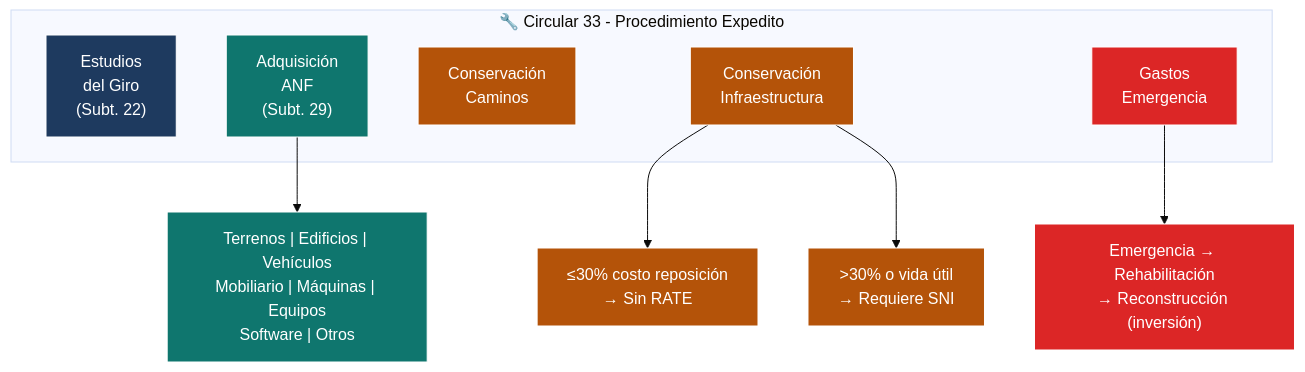
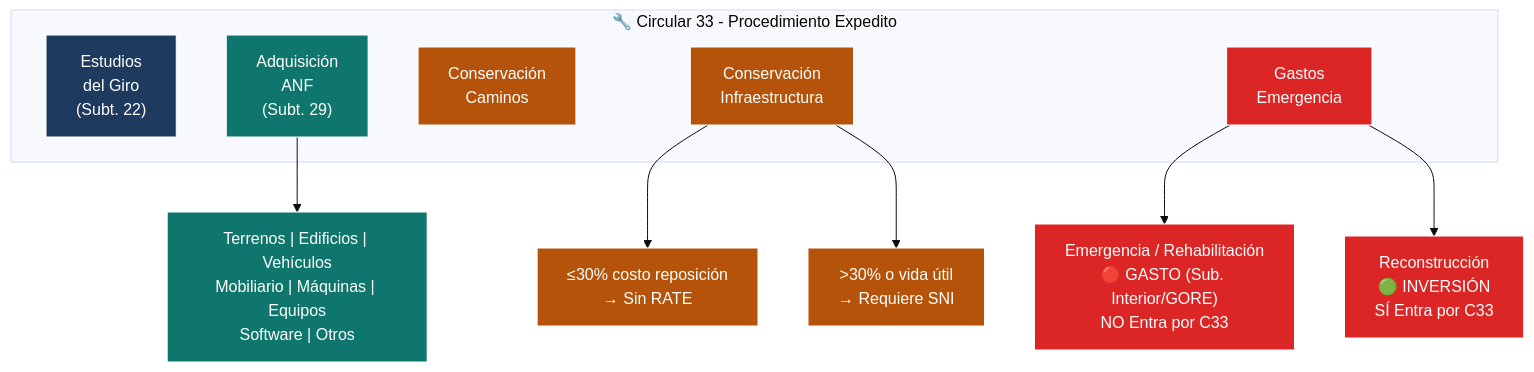
Diagram 17 of 26 in knowledge/domains/gn/models/omega_gore_nuble_mermaid.md (felix-antonio-sl/gorenuble), drawn with Mermaid (base theme) before and after one commit. The commit also changed other lines of this file and 2 other files, not shown here.

Commit message:
docs: Update GORE Ñuble model with territorial ficha, organizational structure refinements, and legal restrictions.

````diff
--- a/knowledge/domains/gn/models/omega_gore_nuble_mermaid.md
+++ b/knowledge/domains/gn/models/omega_gore_nuble_mermaid.md
@@ -1199,27 +1309,28 @@
 ```mermaid
 flowchart TB
     subgraph C33["🔧 Circular 33 - Procedimiento Expedito"]
         EST["Estudios<br/>del Giro<br/>(Subt. 22)"]
         ANF["Adquisición<br/>ANF<br/>(Subt. 29)"]
         CONS_CAM["Conservación<br/>Caminos"]
         CONS_INF["Conservación<br/>Infraestructura"]
         EMERG["Gastos<br/>Emergencia"]
     end
     
     ANF --> ANF_TYPES["Terrenos | Edificios | Vehículos<br/>Mobiliario | Máquinas | Equipos<br/>Software | Otros"]
     
     CONS_INF --> COND_30["≤30% costo reposición<br/>→ Sin RATE"]
     CONS_INF --> COND_GT[">30% o vida útil<br/>→ Requiere SNI"]
     
-    EMERG --> FASES["Emergencia → Rehabilitación<br/>→ Reconstrucción (inversión)"]
+    EMERG --> F_GASTO["Emergencia / Rehabilitación<br/>🔴 GASTO (Sub. Interior/GORE)<br/>NO Entra por C33"]
+    EMERG --> F_INV["Reconstrucción<br/>🟢 INVERSIÓN<br/>SÍ Entra por C33"]
     
     classDef giro fill:#1e3a5f,stroke:#fff,color:#fff
     classDef anf fill:#0f766e,stroke:#fff,color:#fff
     classDef cons fill:#b45309,stroke:#fff,color:#fff
     classDef emerg fill:#dc2626,stroke:#fff,color:#fff
     
     class EST giro
     class ANF,ANF_TYPES anf
     class CONS_CAM,CONS_INF,COND_30,COND_GT cons
-    class EMERG,FASES emerg
+    class EMERG,F_GASTO,F_INV emerg
 ```
````
